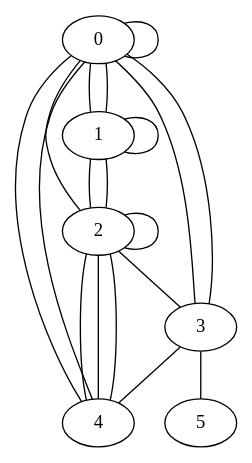
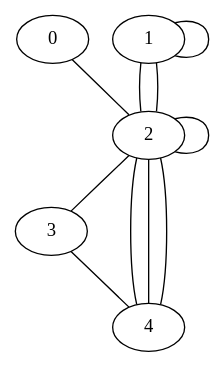
Before and after one commit to sovetnikovmm/dz2: the diagram in Graph.gv, drawn with Graphviz. The commit also changed 3 other files, not shown here.

```diff
--- a/Graph.gv
+++ b/Graph.gv
@@ -1,20 +1,12 @@
 graph {
-	0 -- 0
-	0 -- 1
-	0 -- 1
 	0 -- 2
-	0 -- 3
-	0 -- 3
-	0 -- 4
-	0 -- 4
 	1 -- 1
 	1 -- 2
 	1 -- 2
 	2 -- 2
 	2 -- 3
 	2 -- 4
 	2 -- 4
 	2 -- 4
 	3 -- 4
-	3 -- 5
 }
```
